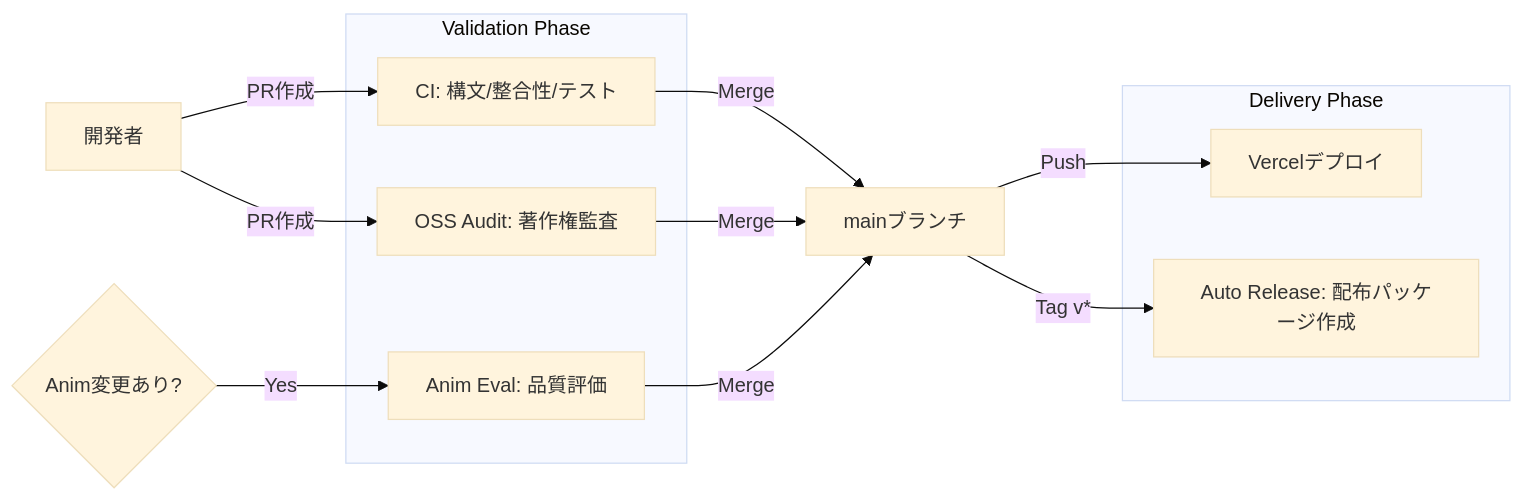
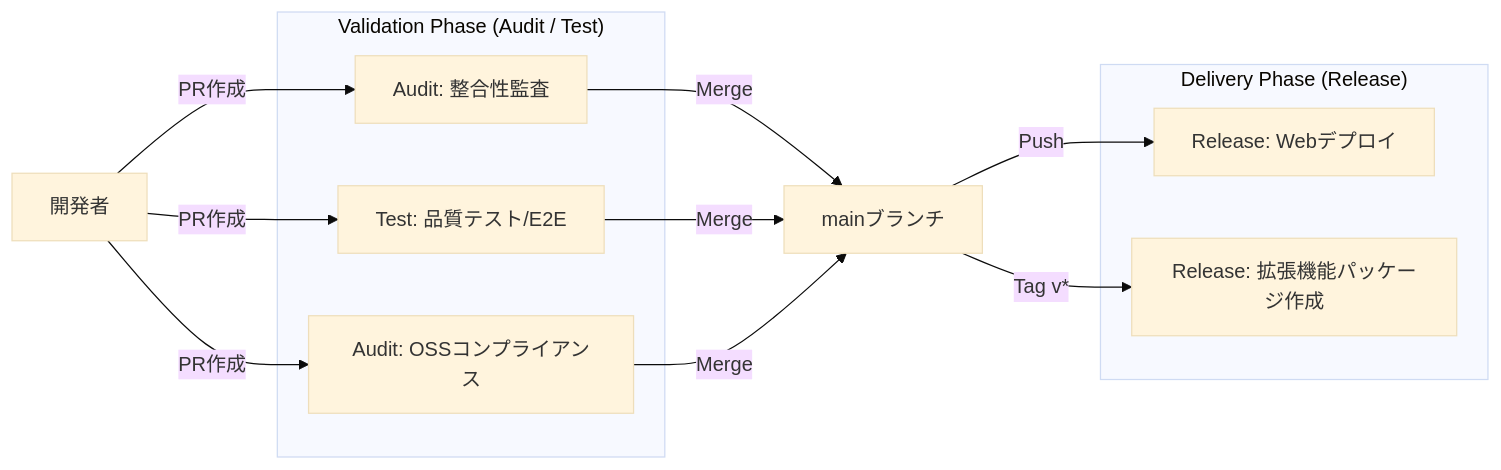
The second of 2 diagrams in docs/README_ACTIONS.md (masanori-satake/QuickLog-Solo), drawn with Mermaid (base theme) before and after one commit. The commit also changed other lines of this file and 11 other files, not shown here.

````diff
--- a/docs/README_ACTIONS.md
+++ b/docs/README_ACTIONS.md
@@ -226,22 +110,22 @@
 ```mermaid
 flowchart LR
-    Dev[開発者] -- PR作成 --> CI[CI: 構文/整合性/テスト]
-    Dev -- PR作成 --> OSS[OSS Audit: 著作権監査]
-    PR_Anim{Anim変更あり?} -- Yes --> Eval[Anim Eval: 品質評価]
+    Dev[開発者] -- PR作成 --> Audit[Audit: 整合性監査]
+    Dev -- PR作成 --> Test[Test: 品質テスト/E2E]
+    Dev -- PR作成 --> OSS[Audit: OSSコンプライアンス]
 
-    CI & OSS & Eval -- Merge --> Main[mainブランチ]
-    Main -- Push --> Deploy[Vercelデプロイ]
+    Audit & Test & OSS -- Merge --> Main[mainブランチ]
+    Main -- Push --> Deploy[Release: Webデプロイ]
 
-    Main -- Tag v* --> Rel[Auto Release: 配布パッケージ作成]
+    Main -- Tag v* --> Rel[Release: 拡張機能パッケージ作成]
 
-    subgraph "Validation Phase"
-    CI
+    subgraph "Validation Phase (Audit / Test)"
+    Audit
+    Test
     OSS
-    Eval
     end
 
-    subgraph "Delivery Phase"
+    subgraph "Delivery Phase (Release)"
     Deploy
     Rel
     end
 ```
````
